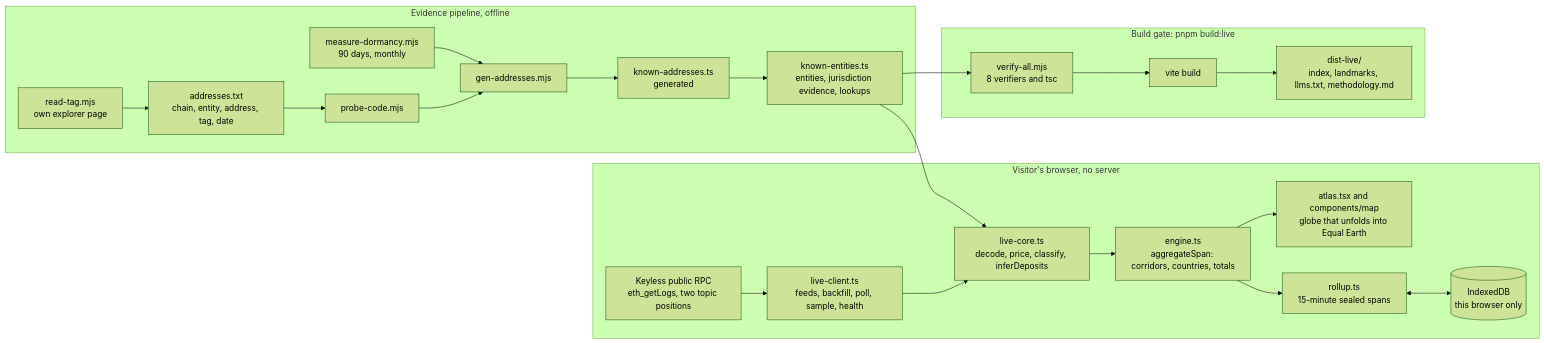
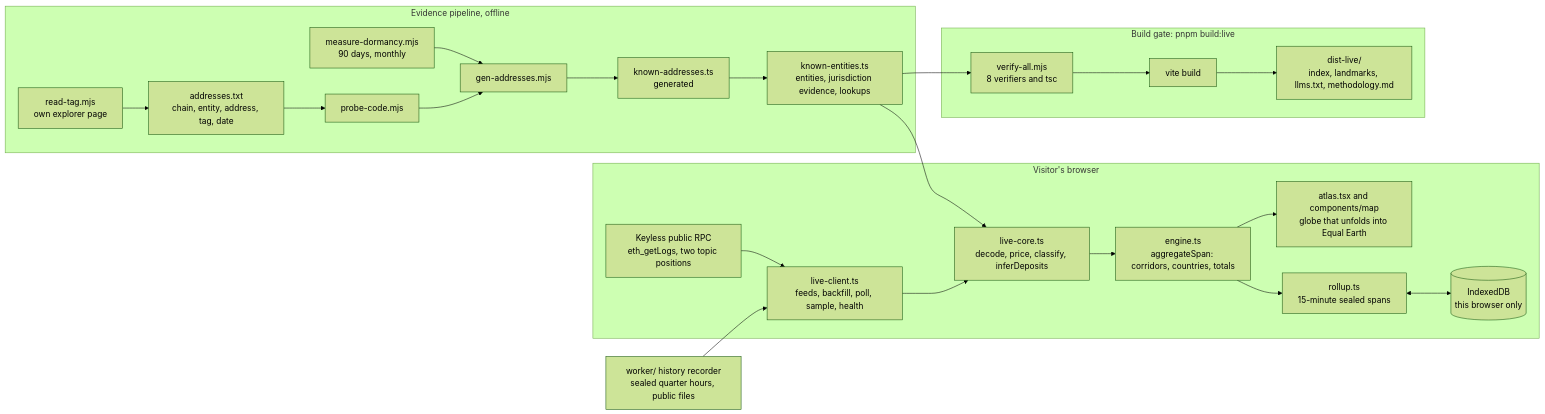
The diagram in README.md (jakeperc/blockchain-flow-map), drawn with Mermaid (forest theme) before and after one commit. The commit also changed other lines of this file and 9 other files, not shown here.

First line of the commit message:
Switch the page onto the history recorder; seal by the recorder's rule (D8, B5, B6)

````diff
--- a/README.md
+++ b/README.md
@@ -87,23 +90,24 @@
 ```mermaid
 flowchart LR
-  subgraph browser ["Visitor's browser, no server"]
+  REC["worker/ history recorder<br/>sealed quarter hours, public files"] --> LC
+  subgraph browser ["Visitor's browser"]
     RPC["Keyless public RPC<br/>eth_getLogs, two topic positions"] --> LC["live-client.ts<br/>feeds, backfill, poll, sample, health"]
     LC --> CORE["live-core.ts<br/>decode, price, classify, inferDeposits"]
     CORE --> ENG["engine.ts<br/>aggregateSpan: corridors, countries, totals"]
     ENG --> UI["atlas.tsx and components/map<br/>globe that unfolds into Equal Earth"]
     ENG --> ROLL["rollup.ts<br/>15-minute sealed spans"]
     ROLL <--> IDB[("IndexedDB<br/>this browser only")]
   end
   subgraph registry ["Evidence pipeline, offline"]
     TAG["read-tag.mjs<br/>own explorer page"] --> ADDR["addresses.txt<br/>chain, entity, address, tag, date"]
     ADDR --> PROBE["probe-code.mjs"] --> GEN["gen-addresses.mjs"]
     DORM["measure-dormancy.mjs<br/>90 days, monthly"] --> GEN
     GEN --> KA["known-addresses.ts<br/>generated"]
     KA --> ENT["known-entities.ts<br/>entities, jurisdiction evidence, lookups"]
   end
   subgraph gate ["Build gate: pnpm build:live"]
     V["verify-all.mjs<br/>8 verifiers and tsc"] --> VITE["vite build"] --> OUT["dist-live/<br/>index, landmarks, llms.txt, methodology.md"]
   end
   ENT --> CORE
   ENT --> V
 ```
````
